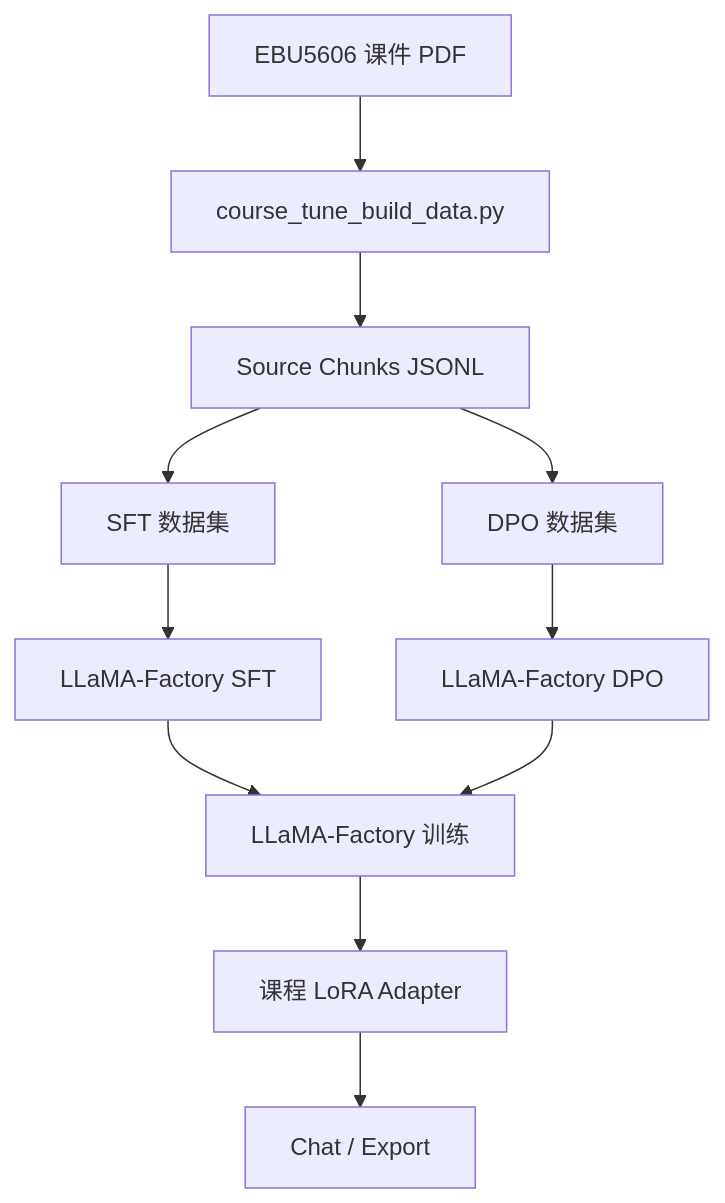
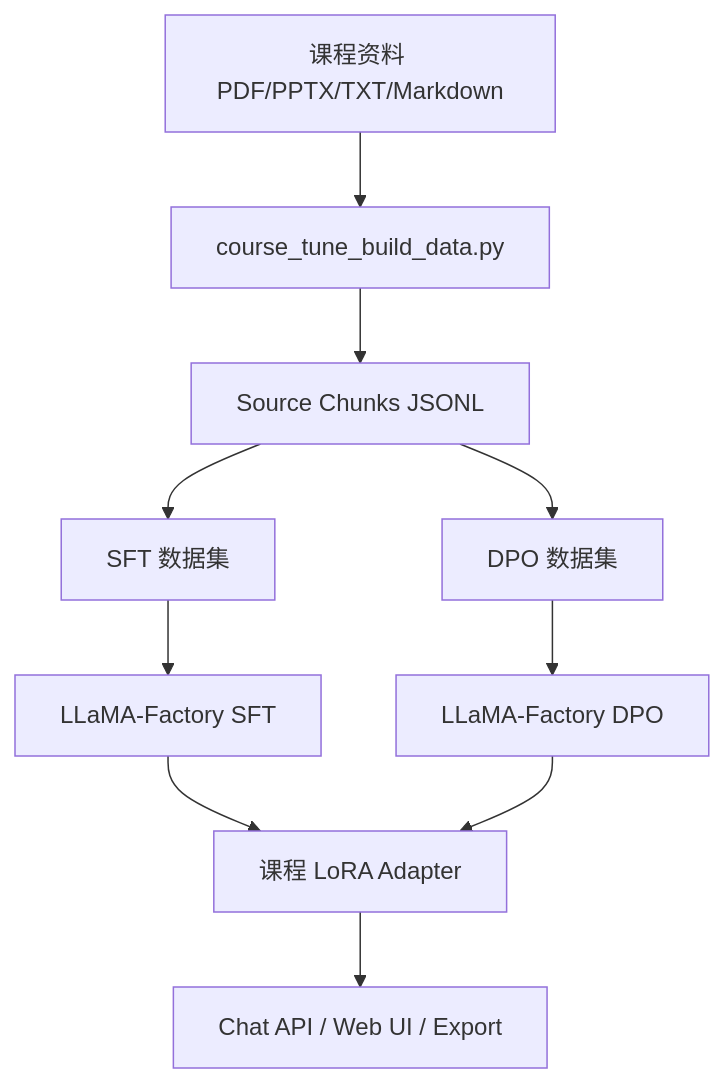
The diagram in README_zh.md (GuMiShDo666/coursetune), drawn with Mermaid before and after one commit. The commit also changed other lines of this file and 14 other files, not shown here.

````diff
--- a/README_zh.md
+++ b/README_zh.md
@@ -155,13 +155,12 @@
 ```mermaid
 graph TD
-    A[EBU5606 课件 PDF] --> B[course_tune_build_data.py]
+    A[课程资料 PDF/PPTX/TXT/Markdown] --> B[course_tune_build_data.py]
     B --> C[Source Chunks JSONL]
     C --> D[SFT 数据集]
     C --> E[DPO 数据集]
     D --> F[LLaMA-Factory SFT]
     E --> G[LLaMA-Factory DPO]
-    F --> H[LLaMA-Factory 训练]
+    F --> H[课程 LoRA Adapter]
     G --> H
-    H --> I[课程 LoRA Adapter]
-    I --> J[Chat / Export]
+    H --> I[Chat API / Web UI / Export]
 ```
````
